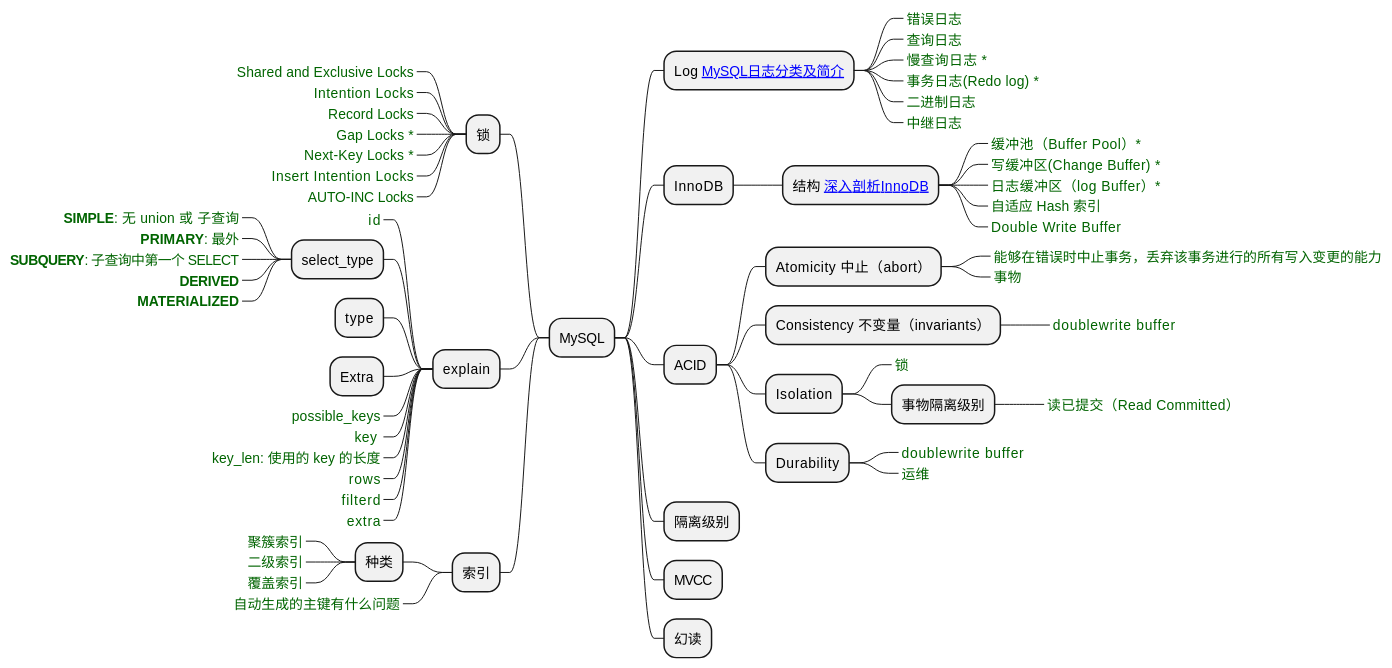
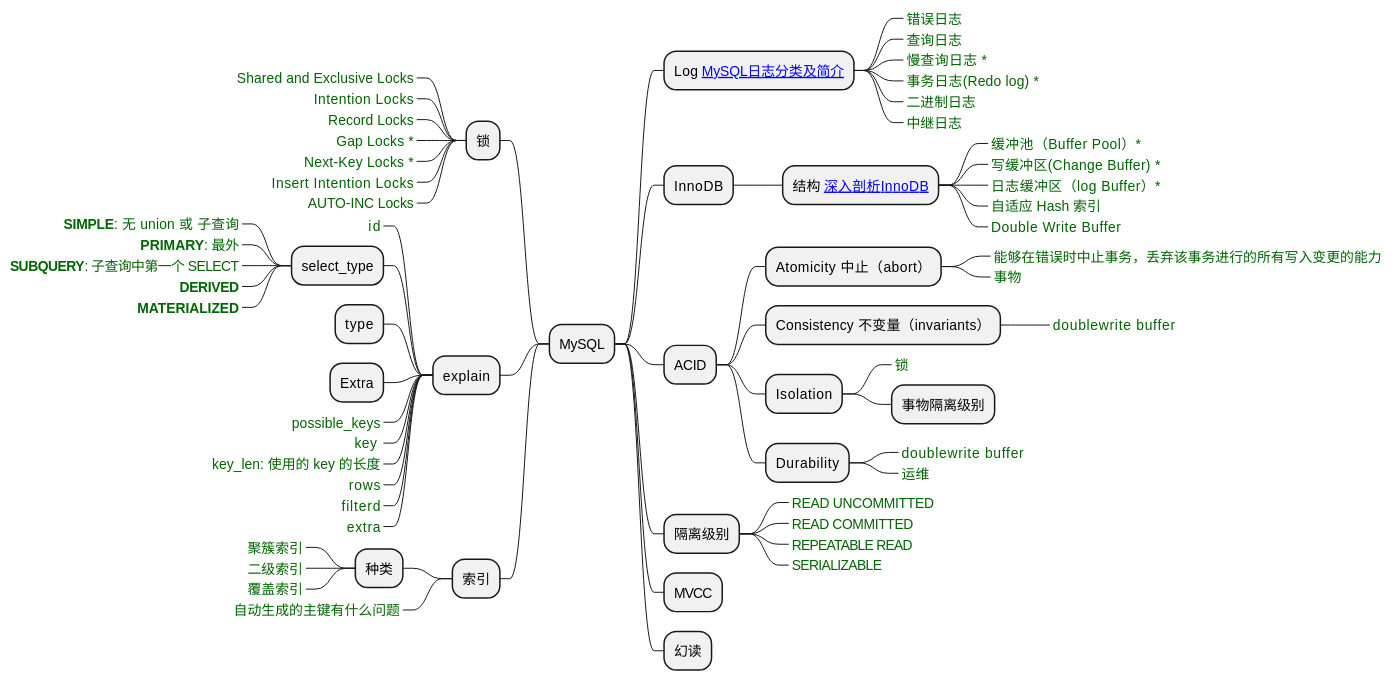
Before and after one commit to Gh0st99/Gh0st99.github.io: the third of 10 diagrams in _posts/2021-05-27-查漏补缺.md, drawn with PlantUML. The commit also changed other lines of this file, not shown here.

```diff
--- a/_posts/2021-05-27-查漏补缺.md
+++ b/_posts/2021-05-27-查漏补缺.md
@@ -143,13 +192,17 @@
 *** Isolation
 ****_ 锁
 **** 事物隔离级别
-*****_ 读已提交（Read Committed）
+' *****_ 读已提交（Read Committed）
 
 *** Durability
 ****_ doublewrite buffer
 ****_ 运维
 
 ** 隔离级别
+***_  READ UNCOMMITTED
+***_  READ COMMITTED
+***_  REPEATABLE READ
+***_  SERIALIZABLE
 ** MVCC
 ** 幻读
 
```
